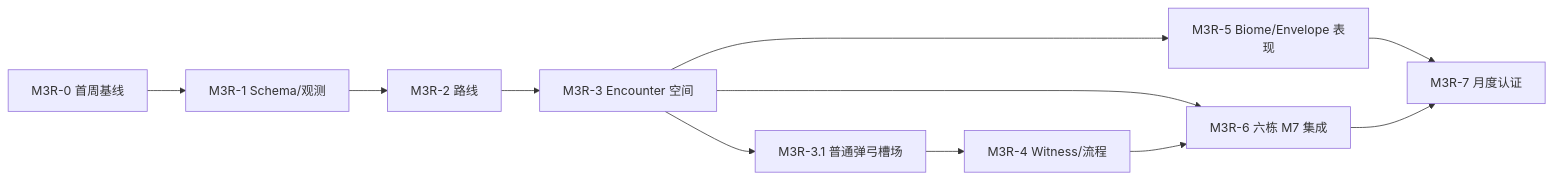
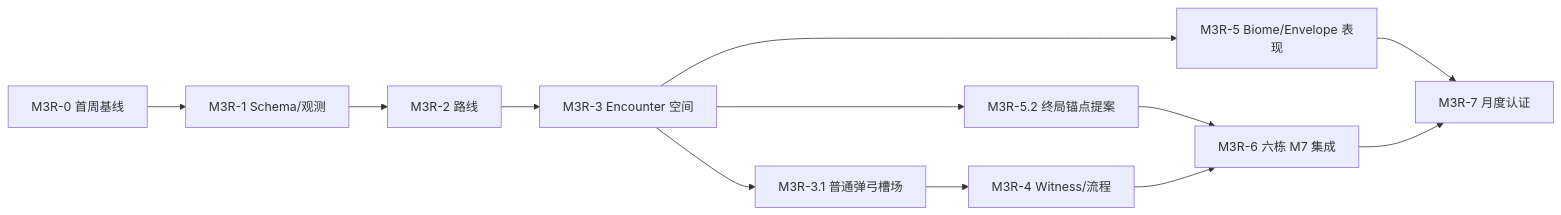
The second of 2 diagrams in Docs/M3PCGMapImprovementPlan.md (tclks001/AngryBirdsToSpace), drawn with Mermaid before and after one commit. The commit also changed other lines of this file and 7 other files, not shown here.

````diff
--- a/Docs/M3PCGMapImprovementPlan.md
+++ b/Docs/M3PCGMapImprovementPlan.md
@@ -995,13 +996,14 @@
 ```mermaid
 flowchart LR
     R0[M3R-0 首周基线] --> R1[M3R-1 Schema/观测]
     R1 --> R2[M3R-2 路线]
     R2 --> R3[M3R-3 Encounter 空间]
     R3 --> R31[M3R-3.1 普通弹弓槽场]
     R31 --> R4[M3R-4 Witness/流程]
     R3 --> R5[M3R-5 Biome/Envelope 表现]
-    R3 --> R6[M3R-6 六栋 M7 集成]
+    R3 --> R52[M3R-5.2 终局锚点提案]
+    R52 --> R6[M3R-6 六栋 M7 集成]
     R4 --> R6
     R5 --> R7[M3R-7 月度认证]
     R6 --> R7
 ```
````
